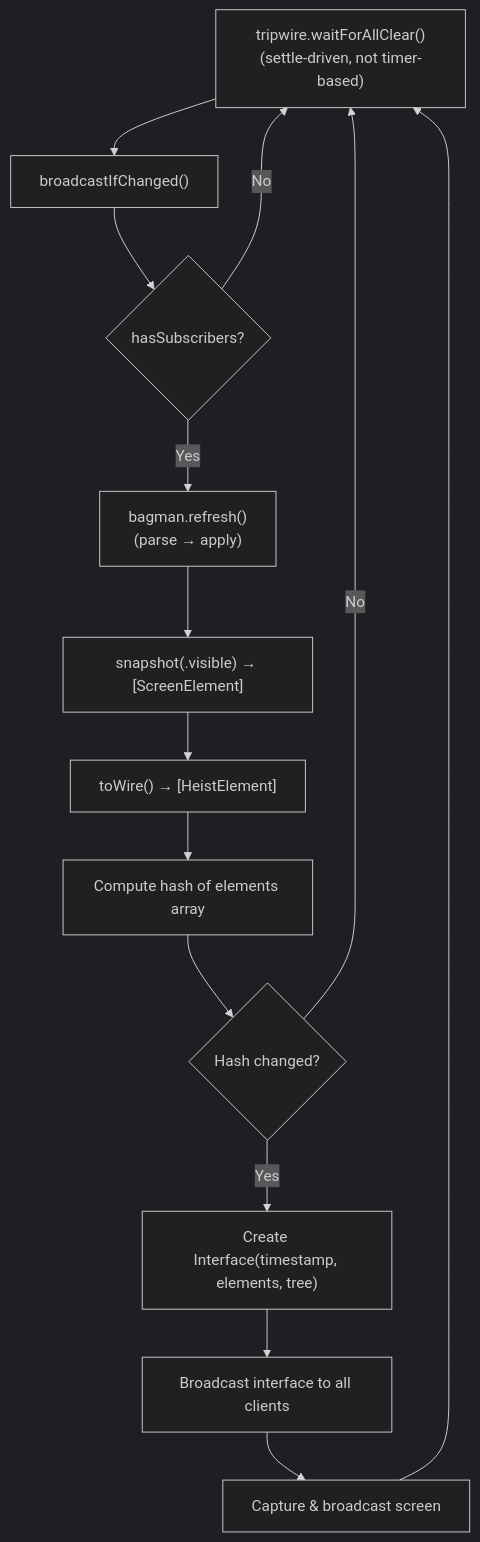
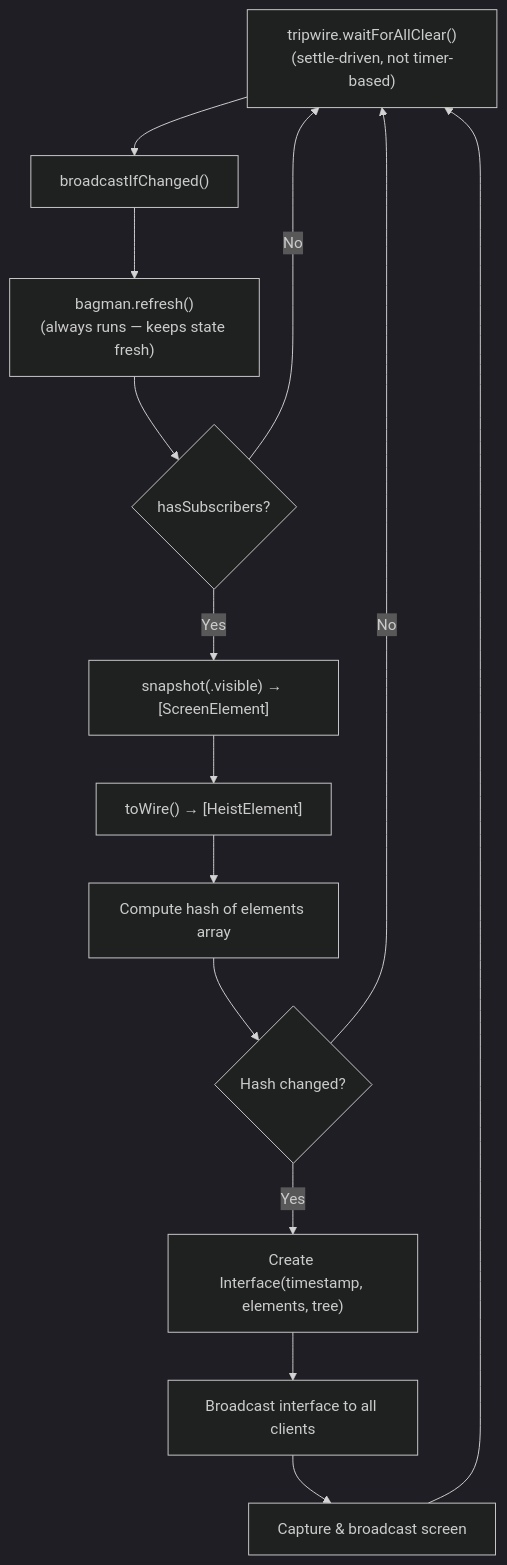
One commit to RoyalPineapple/TheButtonHeist changed the eighth of 10 diagrams in docs/ARCHITECTURE.md. Above: the diagram before and after it, drawn with Mermaid (dark theme). The commit also changed 6 other files, not shown here.

````diff
--- a/docs/ARCHITECTURE.md
+++ b/docs/ARCHITECTURE.md
@@ -553,16 +553,16 @@
 ```mermaid
 flowchart TD
     A["tripwire.waitForAllClear()<br>(settle-driven, not timer-based)"] --> B["broadcastIfChanged()"]
-    B --> B1{"hasSubscribers?"}
+    B --> B2["bagman.refresh()<br/>(always runs — keeps state fresh)"]
+    B2 --> B1{"hasSubscribers?"}
     B1 -->|No| A
-    B1 -->|Yes| B2["bagman.refresh()<br/>(parse → apply)"]
-    B2 --> E["snapshot(.visible) → [ScreenElement]"]
+    B1 -->|Yes| E["snapshot(.visible) → [ScreenElement]"]
     E --> F["toWire() → [HeistElement]"]
     F --> G["Compute hash of elements array"]
     G --> H{"Hash changed?"}
     H -->|No| A
     H -->|Yes| I["Create Interface(timestamp, elements, tree)"]
     I --> J["Broadcast interface to all clients"]
     J --> K["Capture & broadcast screen"]
     K --> A
 ```
````
